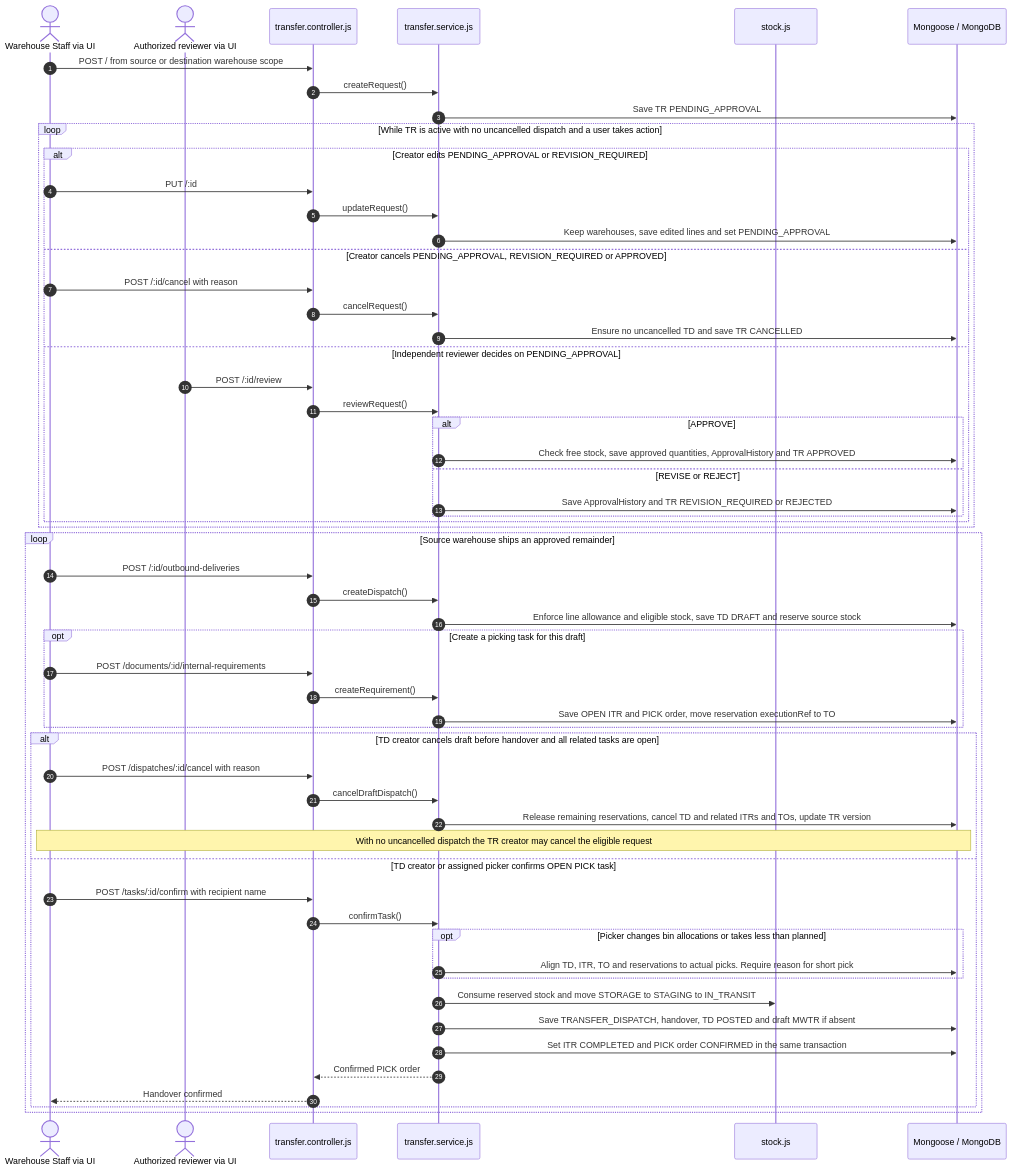
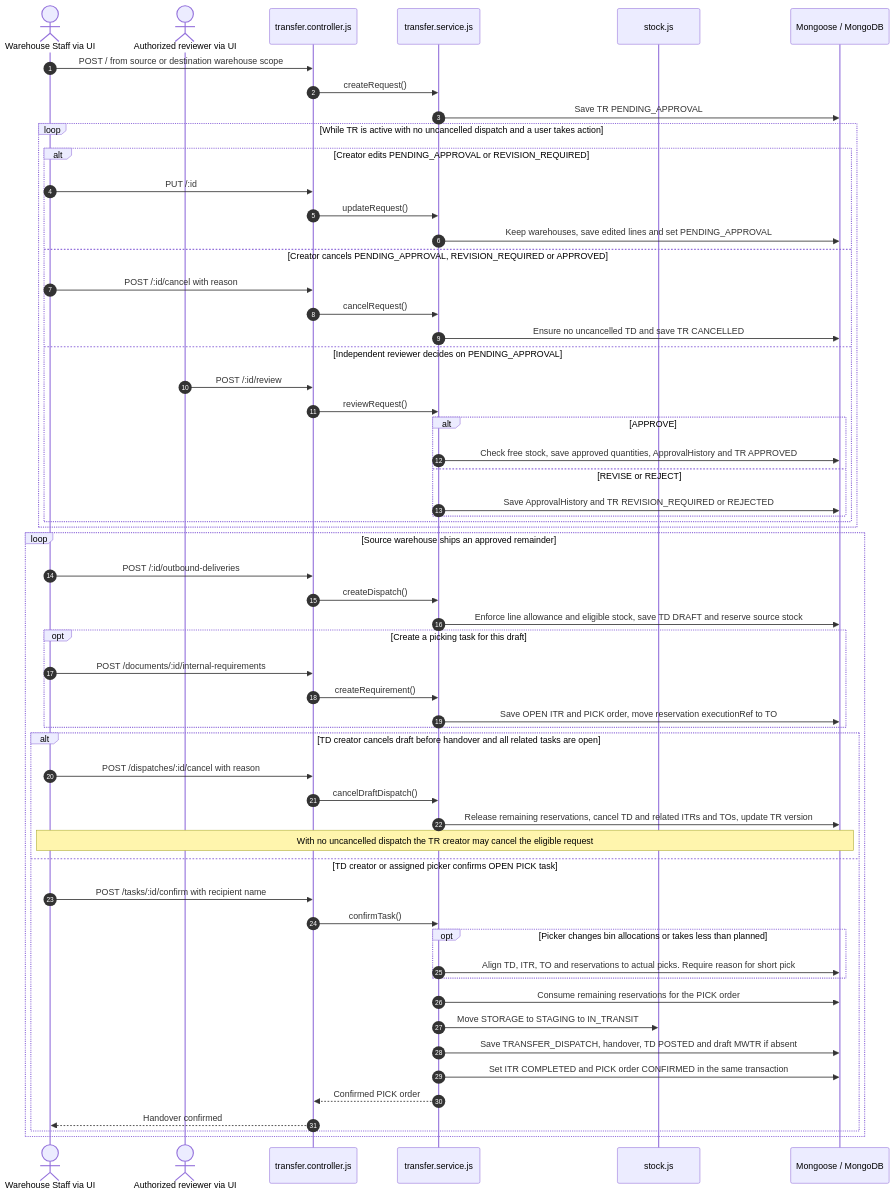
Diagram 34 of 46 in git_doc/docs/01_bao_cao/WMSD_Report4_Draft.md (bupbalabup/wmsd_be), drawn with Mermaid before and after one commit. The commit also changed other lines of this file, not shown here.

````diff
--- a/git_doc/docs/01_bao_cao/WMSD_Report4_Draft.md
+++ b/git_doc/docs/01_bao_cao/WMSD_Report4_Draft.md
@@ -2266,59 +2267,60 @@
 ```mermaid
 sequenceDiagram
   autonumber
   actor W as Warehouse Staff via UI
   actor O as Authorized reviewer via UI
   participant C as transfer.controller.js
   participant S as transfer.service.js
   participant K as stock.js
   participant DB as Mongoose / MongoDB
   W->>C: POST / from source or destination warehouse scope
   C->>S: createRequest()
   S->>DB: Save TR PENDING_APPROVAL
   loop While TR is active with no uncancelled dispatch and a user takes action
     alt Creator edits PENDING_APPROVAL or REVISION_REQUIRED
       W->>C: PUT /:id
       C->>S: updateRequest()
       S->>DB: Keep warehouses, save edited lines and set PENDING_APPROVAL
     else Creator cancels PENDING_APPROVAL, REVISION_REQUIRED or APPROVED
       W->>C: POST /:id/cancel with reason
       C->>S: cancelRequest()
       S->>DB: Ensure no uncancelled TD and save TR CANCELLED
     else Independent reviewer decides on PENDING_APPROVAL
       O->>C: POST /:id/review
       C->>S: reviewRequest()
       alt APPROVE
         S->>DB: Check free stock, save approved quantities, ApprovalHistory and TR APPROVED
       else REVISE or REJECT
         S->>DB: Save ApprovalHistory and TR REVISION_REQUIRED or REJECTED
       end
     end
   end
   loop Source warehouse ships an approved remainder
     W->>C: POST /:id/outbound-deliveries
     C->>S: createDispatch()
     S->>DB: Enforce line allowance and eligible stock, save TD DRAFT and reserve source stock
     opt Create a picking task for this draft
       W->>C: POST /documents/:id/internal-requirements
       C->>S: createRequirement()
       S->>DB: Save OPEN ITR and PICK order, move reservation executionRef to TO
     end
     alt TD creator cancels draft before handover and all related tasks are open
       W->>C: POST /dispatches/:id/cancel with reason
       C->>S: cancelDraftDispatch()
       S->>DB: Release remaining reservations, cancel TD and related ITRs and TOs, update TR version
       Note over W,DB: With no uncancelled dispatch the TR creator may cancel the eligible request
     else TD creator or assigned picker confirms OPEN PICK task
       W->>C: POST /tasks/:id/confirm with recipient name
       C->>S: confirmTask()
       opt Picker changes bin allocations or takes less than planned
         S->>DB: Align TD, ITR, TO and reservations to actual picks. Require reason for short pick
       end
-      S->>K: Consume reserved stock and move STORAGE to STAGING to IN_TRANSIT
+      S->>DB: Consume remaining reservations for the PICK order
+      S->>K: Move STORAGE to STAGING to IN_TRANSIT
       S->>DB: Save TRANSFER_DISPATCH, handover, TD POSTED and draft MWTR if absent
       S->>DB: Set ITR COMPLETED and PICK order CONFIRMED in the same transaction
       S-->>C: Confirmed PICK order
       C-->>W: Handover confirmed
     end
   end
 ```
````
